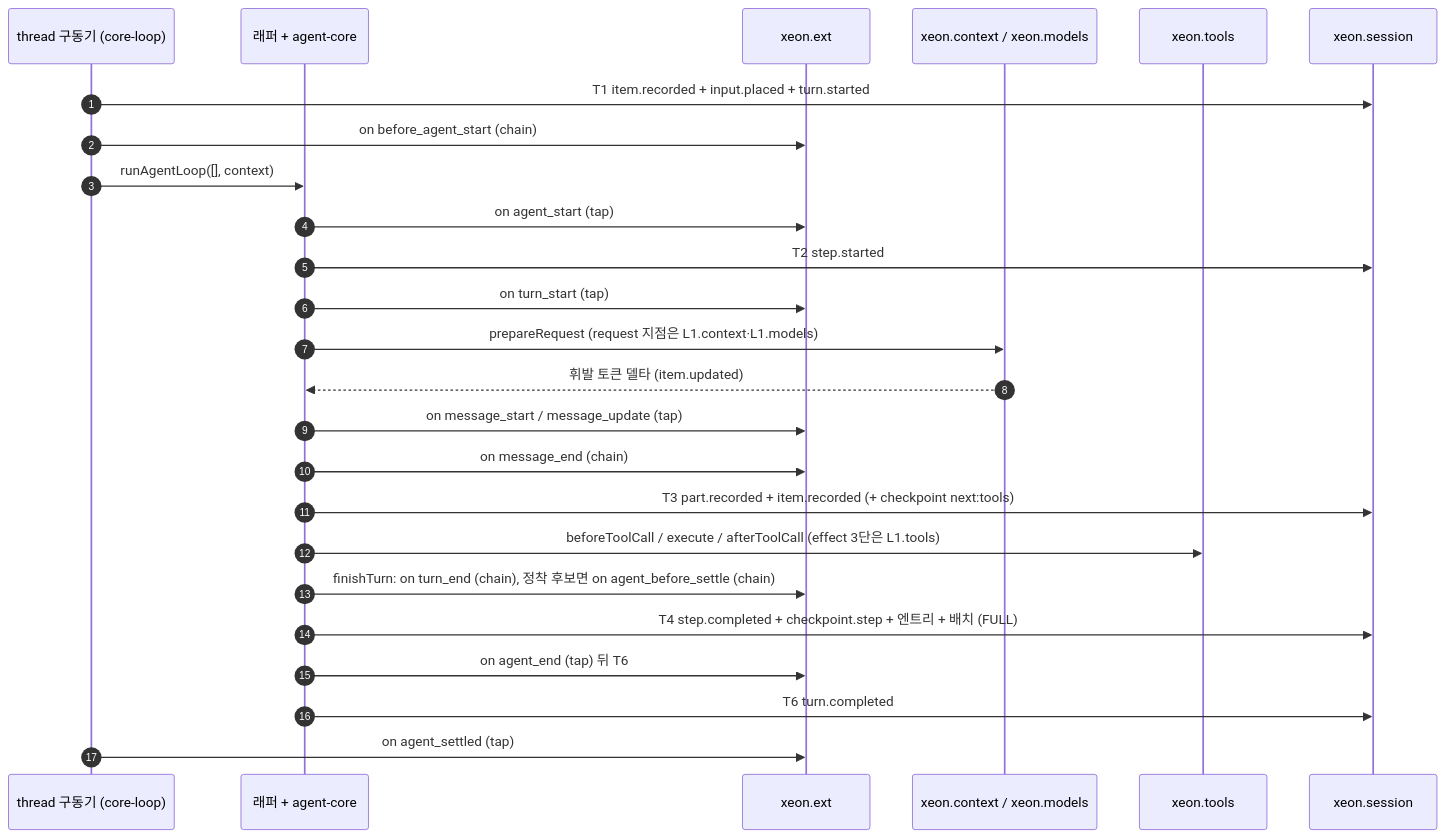
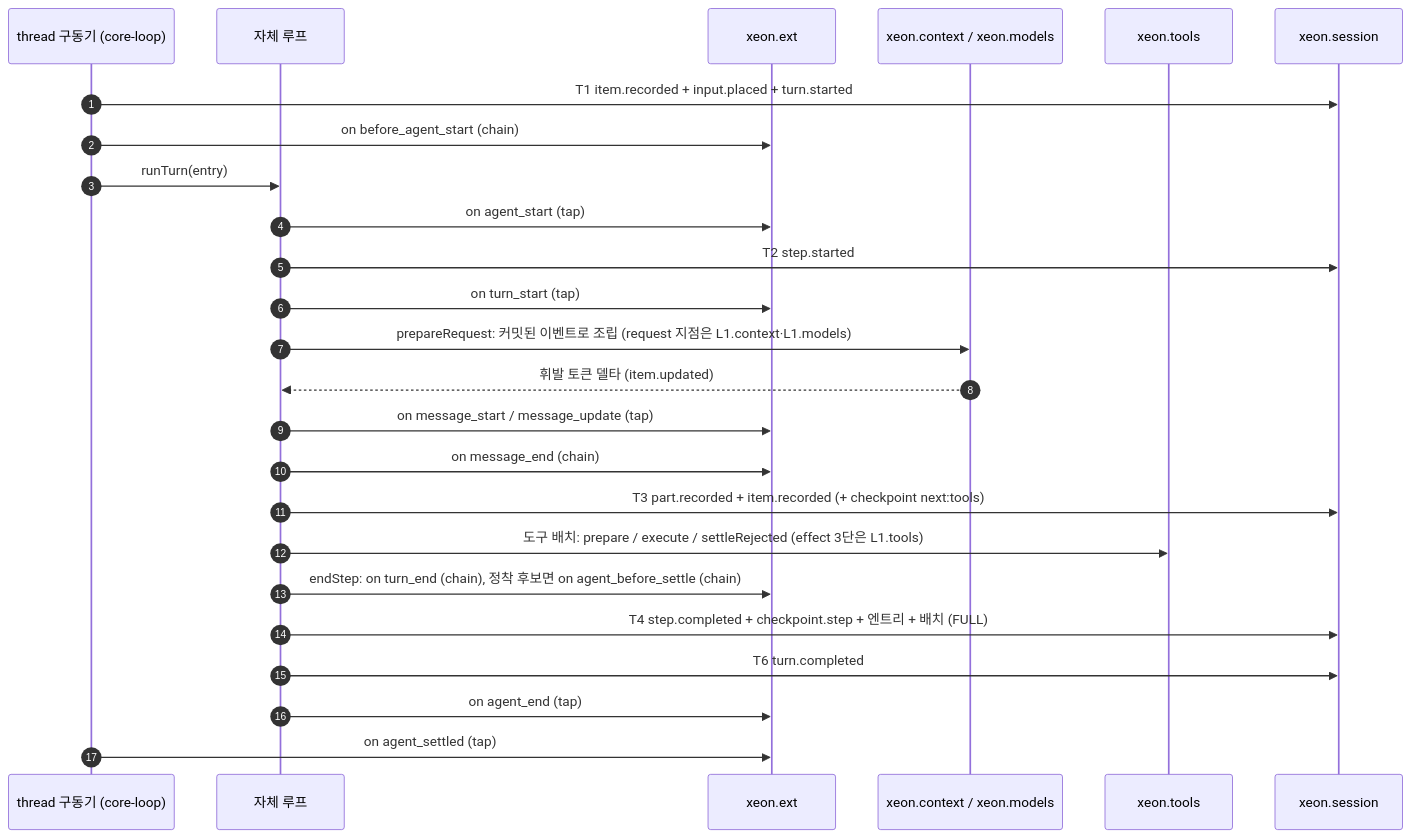
The diagram in docs/xeon/L1/loop/spec.md (Rengod95/Helm-Agent_Docs_OS), drawn with Mermaid before and after one commit. The commit also changed other lines of this file and 105 other files, not shown here.

````diff
--- a/docs/xeon/L1/loop/spec.md
+++ b/docs/xeon/L1/loop/spec.md
@@ -373,27 +422,27 @@
 ```mermaid
 sequenceDiagram
   autonumber
   participant DRV as thread 구동기 (core-loop)
-  participant WR as 래퍼 + agent-core
+  participant WR as 자체 루프
   participant EXT as xeon.ext
   participant CTX as xeon.context / xeon.models
   participant TL as xeon.tools
   participant SES as xeon.session
   DRV->>SES: T1 item.recorded + input.placed + turn.started
   DRV->>EXT: on before_agent_start (chain)
-  DRV->>WR: runAgentLoop([], context)
+  DRV->>WR: runTurn(entry)
   WR->>EXT: on agent_start (tap)
   WR->>SES: T2 step.started
   WR->>EXT: on turn_start (tap)
-  WR->>CTX: prepareRequest (request 지점은 L1.context·L1.models)
+  WR->>CTX: prepareRequest: 커밋된 이벤트로 조립 (request 지점은 L1.context·L1.models)
   CTX-->>WR: 휘발 토큰 델타 (item.updated)
   WR->>EXT: on message_start / message_update (tap)
   WR->>EXT: on message_end (chain)
   WR->>SES: T3 part.recorded + item.recorded (+ checkpoint next:tools)
-  WR->>TL: beforeToolCall / execute / afterToolCall (effect 3단은 L1.tools)
-  WR->>EXT: finishTurn: on turn_end (chain), 정착 후보면 on agent_before_settle (chain)
+  WR->>TL: 도구 배치: prepare / execute / settleRejected (effect 3단은 L1.tools)
+  WR->>EXT: endStep: on turn_end (chain), 정착 후보면 on agent_before_settle (chain)
   WR->>SES: T4 step.completed + checkpoint.step + 엔트리 + 배치 (FULL)
-  WR->>EXT: on agent_end (tap) 뒤 T6
   WR->>SES: T6 turn.completed
+  WR->>EXT: on agent_end (tap)
   DRV->>EXT: on agent_settled (tap)
 ```
````
